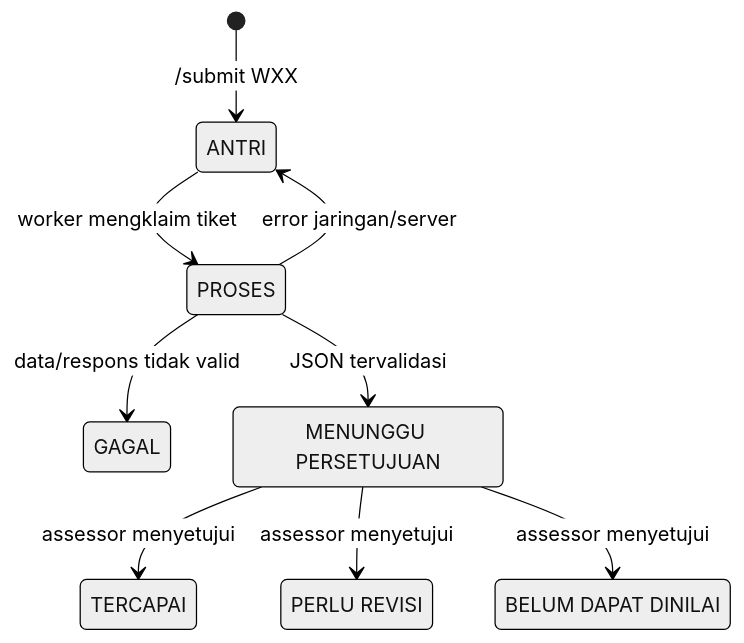
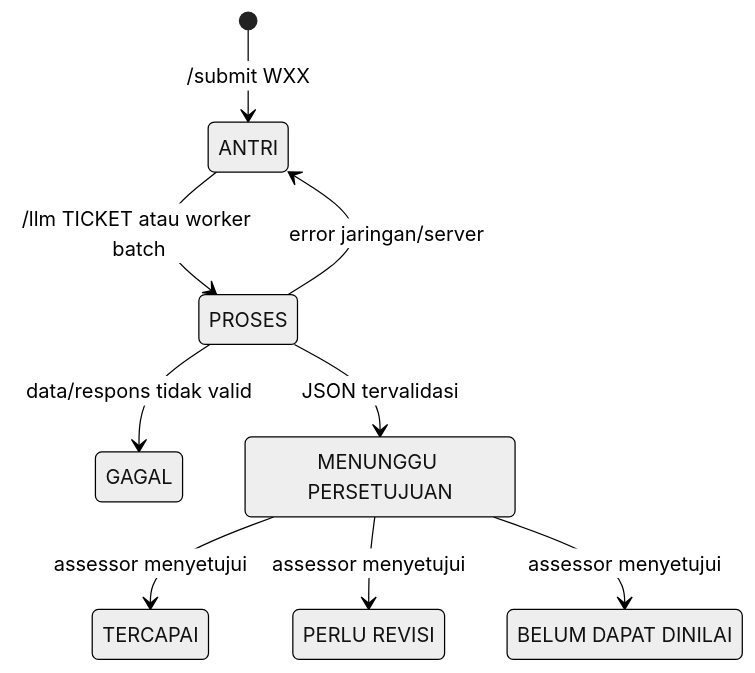
The second of 2 diagrams in KIPP-2026/technical-reference.qmd (azral1962/II-2100-KIPP-2026), drawn with Mermaid (neutral theme) before and after one commit. The commit also changed other lines of this file and 7 other files, not shown here.

````diff
--- a/KIPP-2026/technical-reference.qmd
+++ b/KIPP-2026/technical-reference.qmd
@@ -100,14 +105,14 @@
 ```{mermaid}
 stateDiagram-v2
     [*] --> ANTRI: /submit WXX
-    ANTRI --> PROSES: worker mengklaim tiket
+    ANTRI --> PROSES: /llm TICKET atau worker batch
     PROSES --> ANTRI: error jaringan/server
     PROSES --> GAGAL: data/respons tidak valid
     PROSES --> MENUNGGU: JSON tervalidasi
     MENUNGGU --> TERCAPAI: assessor menyetujui
     MENUNGGU --> REVISI: assessor menyetujui
     MENUNGGU --> BELUM: assessor menyetujui
     state "MENUNGGU PERSETUJUAN" as MENUNGGU
     state "PERLU REVISI" as REVISI
     state "BELUM DAPAT DINILAI" as BELUM
 ```
````
